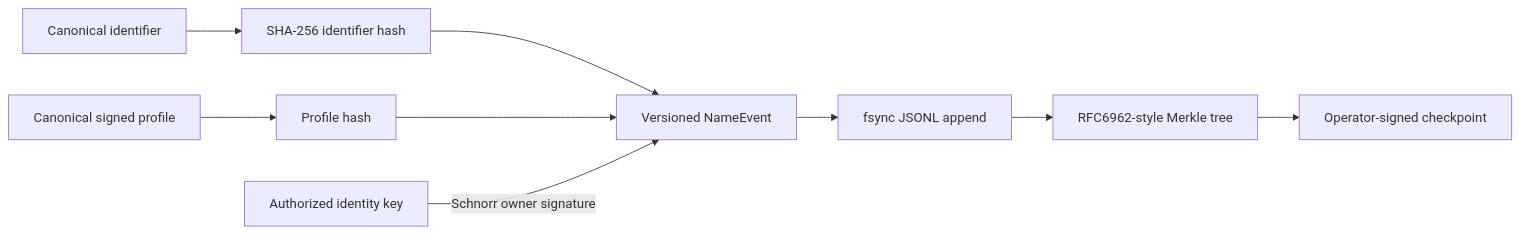
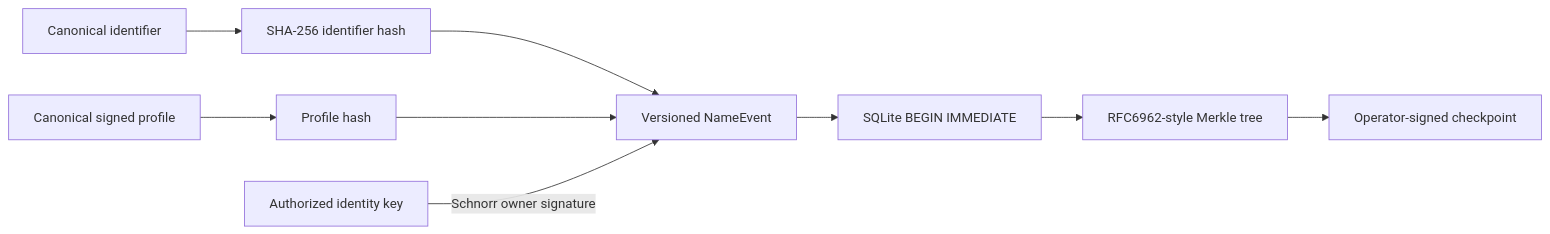
Before and after one commit to Truja503/satspath: the first of 6 diagrams in docs/key_transparency.md, drawn with Mermaid. The commit also changed other lines of this file and 10 other files, not shown here.

````diff
--- a/docs/key_transparency.md
+++ b/docs/key_transparency.md
@@ -11,11 +11,11 @@
 ```mermaid
 flowchart LR
   I[Canonical identifier] --> H[SHA-256 identifier hash]
   P[Canonical signed profile] --> PH[Profile hash]
   H --> E[Versioned NameEvent]
   PH --> E
   K[Authorized identity key] -->|Schnorr owner signature| E
-  E --> F[fsync JSONL append]
+  E --> F[SQLite BEGIN IMMEDIATE]
   F --> T[RFC6962-style Merkle tree]
   T --> C[Operator-signed checkpoint]
 ```
````
